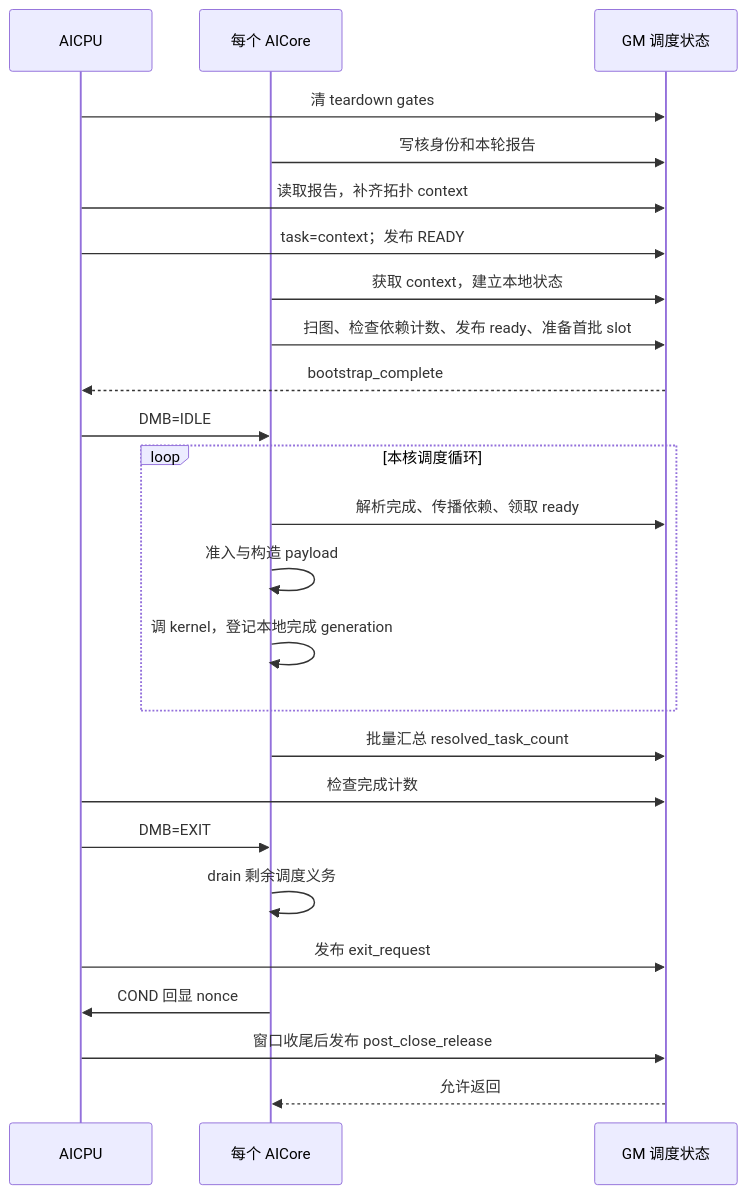
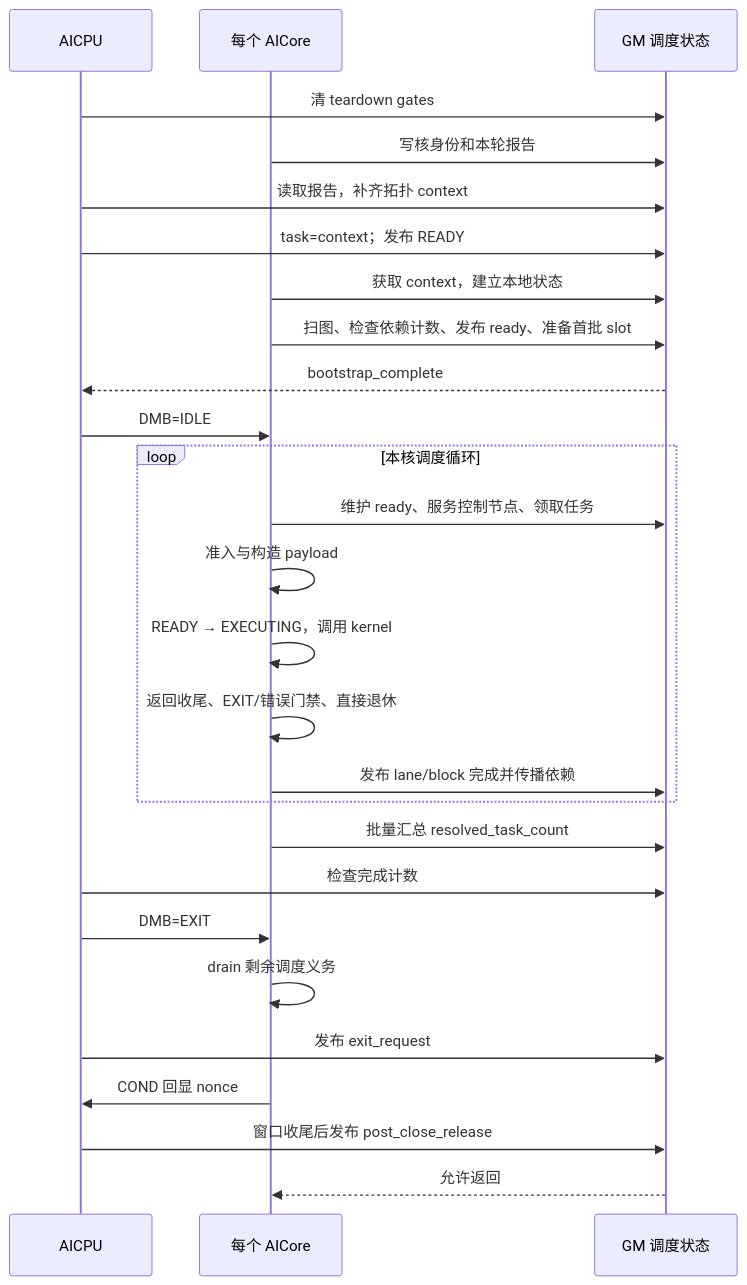
The diagram in docs/zh-cn/a5-hbg-aicore-walkthrough/README.md (hw-native-sys/simpler), drawn with Mermaid before and after one commit. The commit also changed other lines of this file and 56 other files, not shown here.

````diff
--- a/docs/zh-cn/a5-hbg-aicore-walkthrough/README.md
+++ b/docs/zh-cn/a5-hbg-aicore-walkthrough/README.md
@@ -41,27 +41,29 @@
 ```mermaid
 sequenceDiagram
     participant CPU as AICPU
     participant CORE as 每个 AICore
     participant GM as GM 调度状态
     CPU->>GM: 清 teardown gates
     CORE->>GM: 写核身份和本轮报告
     CPU->>GM: 读取报告，补齐拓扑 context
     CPU->>GM: task=context；发布 READY
     CORE->>GM: 获取 context，建立本地状态
     CORE->>GM: 扫图、检查依赖计数、发布 ready、准备首批 slot
     GM-->>CPU: bootstrap_complete
     CPU->>CORE: DMB=IDLE
     loop 本核调度循环
-        CORE->>GM: 解析完成、传播依赖、领取 ready
+        CORE->>GM: 维护 ready、服务控制节点、领取任务
         CORE->>CORE: 准入与构造 payload
-        CORE->>CORE: 调 kernel，登记本地完成 generation
+        CORE->>CORE: READY → EXECUTING，调用 kernel
+        CORE->>CORE: 返回收尾、EXIT/错误门禁、直接退休
+        CORE->>GM: 发布 lane/block 完成并传播依赖
     end
     CORE->>GM: 批量汇总 resolved_task_count
     CPU->>GM: 检查完成计数
     CPU->>CORE: DMB=EXIT
     CORE->>CORE: drain 剩余调度义务
     CPU->>GM: 发布 exit_request
     CORE->>CPU: COND 回显 nonce
     CPU->>GM: 窗口收尾后发布 post_close_release
     GM-->>CORE: 允许返回
 ```
````
